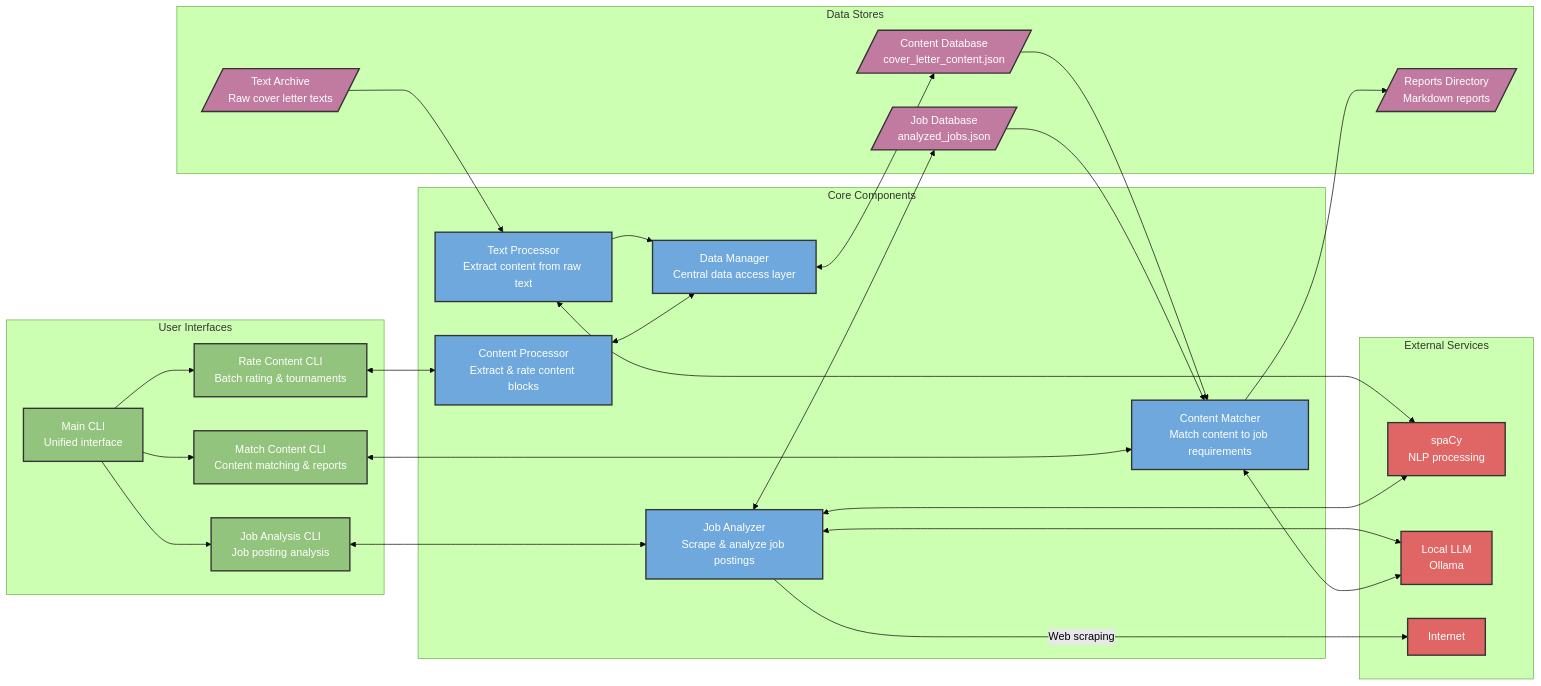
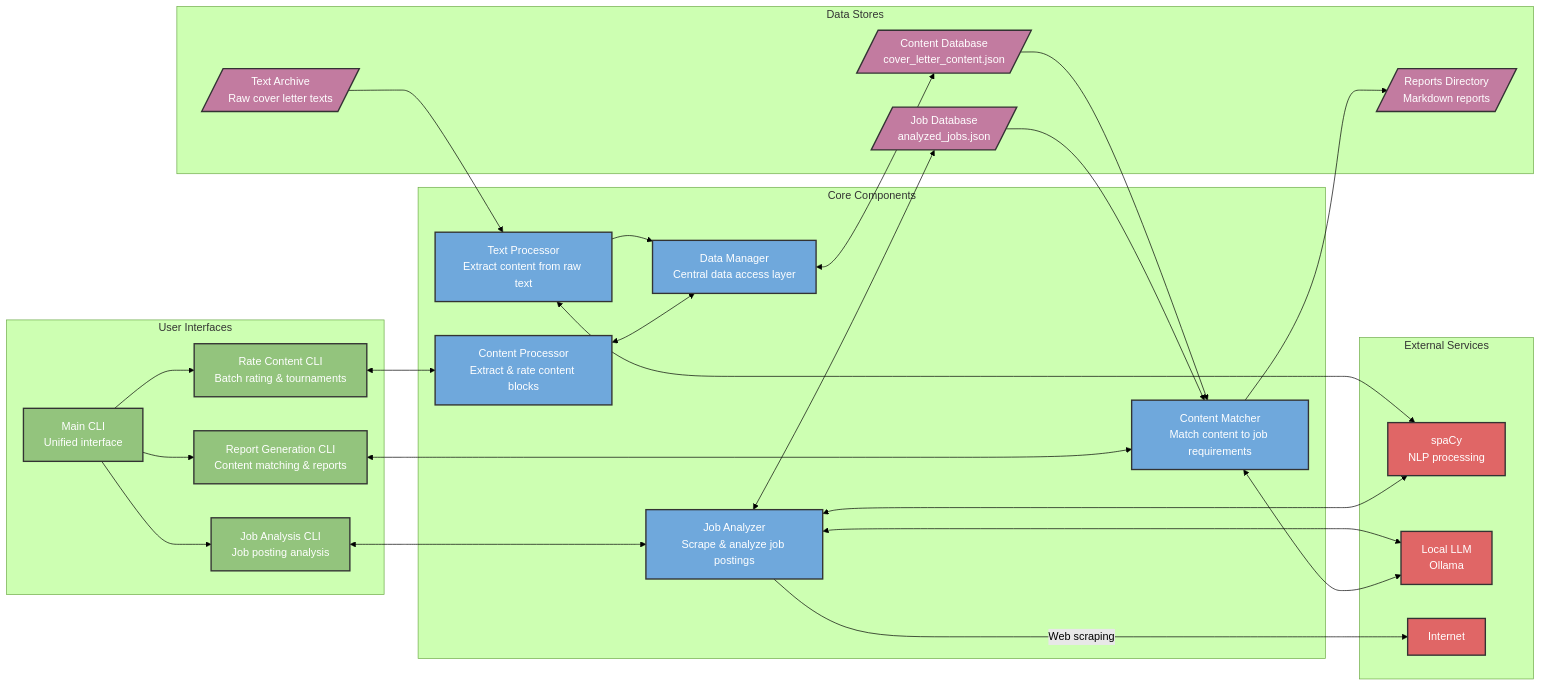
Before and after one commit to jonamar/coverletter_wiz: the diagram in README.md, drawn with Mermaid (forest theme). The commit also changed other lines of this file and 6 other files, not shown here.

````diff
--- a/README.md
+++ b/README.md
@@ -67,72 +67,72 @@
 ```mermaid
 flowchart LR
   %% Data Stores
   subgraph DS[Data Stores]
       RawText[/"Text Archive<br>Raw cover letter texts"/]
       ContentDB[/"Content Database<br>cover_letter_content.json"/]
       JobDB[/"Job Database<br>analyzed_jobs.json"/]
       Reports[/"Reports Directory<br>Markdown reports"/]
   end
 
   %% Core Components
   subgraph Core[Core Components]
       TextProcessor["Text Processor<br>Extract content from raw text"]
       DataManager["Data Manager<br>Central data access layer"]
       ContentProcessor["Content Processor<br>Extract & rate content blocks"]
       JobAnalyzer["Job Analyzer<br>Scrape & analyze job postings"]
       ContentMatcher["Content Matcher<br>Match content to job requirements"]
   end
 
   %% External Services
   subgraph Ext[External Services]
       SpaCy["spaCy<br>NLP processing"]
       LLM["Local LLM<br>Ollama"]
       Internet["Internet"]
   end
 
   %% User Interfaces
   subgraph UI[User Interfaces]
       RateUI["Rate Content CLI<br>Batch rating & tournaments"]
       JobUI["Job Analysis CLI<br>Job posting analysis"]
-      MatchUI["Match Content CLI<br>Content matching & reports"]
+      ReportUI["Report Generation CLI<br>Content matching & reports"]
       MainUI["Main CLI<br>Unified interface"]
   end
 
   %% Flows
   RawText --> TextProcessor
   TextProcessor --> DataManager
   DataManager <--> ContentDB
 
   ContentProcessor <--> DataManager
 
   JobAnalyzer <--> JobDB
   JobAnalyzer -->|Web scraping| Internet
 
   TextProcessor <--> SpaCy
   JobAnalyzer <--> SpaCy
   JobAnalyzer <--> LLM
 
   ContentDB --> ContentMatcher
   JobDB --> ContentMatcher
   ContentMatcher --> Reports
   ContentMatcher <--> LLM
 
   RateUI <--> ContentProcessor
   JobUI <--> JobAnalyzer
-  MatchUI <--> ContentMatcher
+  ReportUI <--> ContentMatcher
 
   MainUI --> RateUI
   MainUI --> JobUI
-  MainUI --> MatchUI
+  MainUI --> ReportUI
   
   %% Style Definitions (High contrast)
   classDef dataStore fill:#c27ba0,stroke:#333,stroke-width:2px,color:#fff;
   classDef core fill:#6fa8dc,stroke:#333,stroke-width:2px,color:#fff;
   classDef ui fill:#93c47d,stroke:#333,stroke-width:2px,color:#fff;
   classDef external fill:#e06666,stroke:#333,stroke-width:2px,color:#fff;
   
   class RawText,ContentDB,JobDB,Reports dataStore;
   class TextProcessor,DataManager,ContentProcessor,JobAnalyzer,ContentMatcher core;
-  class RateUI,JobUI,MatchUI,MainUI ui;
+  class RateUI,JobUI,ReportUI,MainUI ui;
   class SpaCy,LLM,Internet external;
 ```
````
